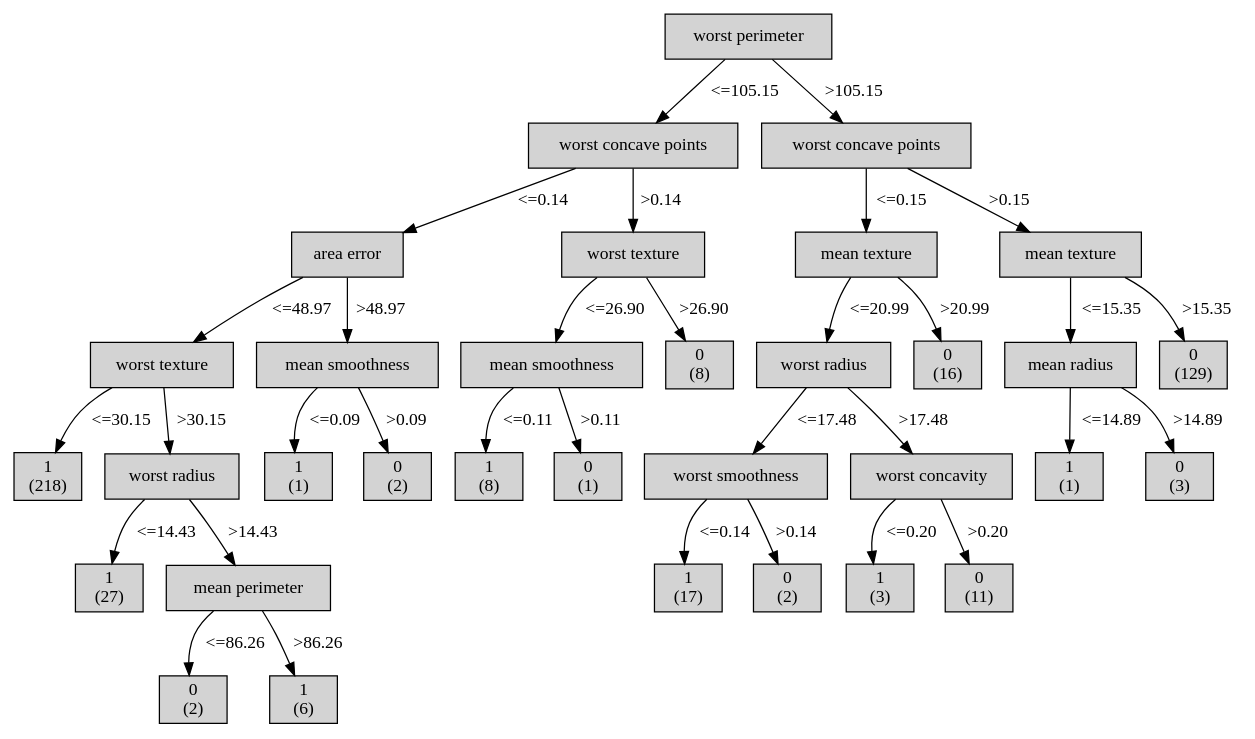
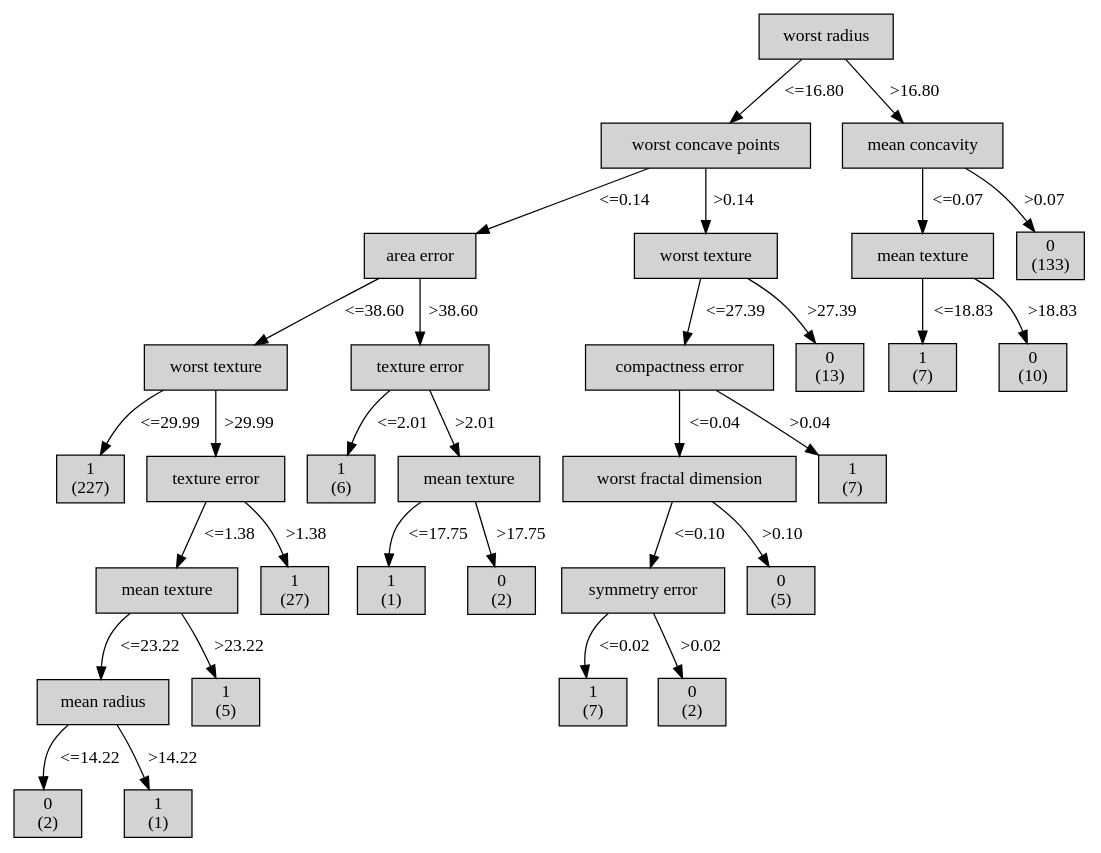
One commit to muchammadibnu/tucil1ML changed the diagram in graph.dot. Above: the diagram before and after it, drawn with Graphviz. The commit also changed 1 other file, not shown here.

```diff
--- a/graph.dot
+++ b/graph.dot
@@ -1,124 +1,118 @@
 digraph ID3_Tree {
-"0" [shape=box, style=filled, label="worst perimeter
+"0" [shape=box, style=filled, label="worst radius
 ", weight=1]
 "1" [shape=box, style=filled, label="worst concave points
 ", weight=2]
-0 -> 1 [ label = "<=105.15"];
+0 -> 1 [ label = "<=16.80"];
 "2" [shape=box, style=filled, label="area error
 ", weight=3]
 1 -> 2 [ label = "<=0.14"];
 "3" [shape=box, style=filled, label="worst texture
 ", weight=4]
-2 -> 3 [ label = "<=48.97"];
+2 -> 3 [ label = "<=38.60"];
 "4" [shape=box, style=filled, label="1
-(218)
+(227)
 ", weight=5]
-3 -> 4 [ label = "<=30.15"];
-"5" [shape=box, style=filled, label="worst radius
+3 -> 4 [ label = "<=29.99"];
+"5" [shape=box, style=filled, label="texture error
 ", weight=5]
-3 -> 5 [ label = ">30.15"];
-"6" [shape=box, style=filled, label="1
+3 -> 5 [ label = ">29.99"];
+"6" [shape=box, style=filled, label="mean texture
+", weight=6]
+5 -> 6 [ label = "<=1.38"];
+"7" [shape=box, style=filled, label="mean radius
+", weight=7]
+6 -> 7 [ label = "<=23.22"];
+"8" [shape=box, style=filled, label="0
+(2)
+", weight=8]
+7 -> 8 [ label = "<=14.22"];
+"9" [shape=box, style=filled, label="1
+(1)
+", weight=8]
+7 -> 9 [ label = ">14.22"];
+"10" [shape=box, style=filled, label="1
+(5)
+", weight=7]
+6 -> 10 [ label = ">23.22"];
+"11" [shape=box, style=filled, label="1
 (27)
 ", weight=6]
-5 -> 6 [ label = "<=14.43"];
-"7" [shape=box, style=filled, label="mean perimeter
+5 -> 11 [ label = ">1.38"];
+"12" [shape=box, style=filled, label="texture error
+", weight=4]
+2 -> 12 [ label = ">38.60"];
+"13" [shape=box, style=filled, label="1
+(6)
+", weight=5]
+12 -> 13 [ label = "<=2.01"];
+"14" [shape=box, style=filled, label="mean texture
+", weight=5]
+12 -> 14 [ label = ">2.01"];
+"15" [shape=box, style=filled, label="1
+(1)
 ", weight=6]
-5 -> 7 [ label = ">14.43"];
-"8" [shape=box, style=filled, label="0
+14 -> 15 [ label = "<=17.75"];
+"16" [shape=box, style=filled, label="0
+(2)
+", weight=6]
+14 -> 16 [ label = ">17.75"];
+"17" [shape=box, style=filled, label="worst texture
+", weight=3]
+1 -> 17 [ label = ">0.14"];
+"18" [shape=box, style=filled, label="compactness error
+", weight=4]
+17 -> 18 [ label = "<=27.39"];
+"19" [shape=box, style=filled, label="worst fractal dimension
+", weight=5]
+18 -> 19 [ label = "<=0.04"];
+"20" [shape=box, style=filled, label="symmetry error
+", weight=6]
+19 -> 20 [ label = "<=0.10"];
+"21" [shape=box, style=filled, label="1
+(7)
+", weight=7]
+20 -> 21 [ label = "<=0.02"];
+"22" [shape=box, style=filled, label="0
 (2)
 ", weight=7]
-7 -> 8 [ label = "<=86.26"];
-"9" [shape=box, style=filled, label="1
-(6)
-", weight=7]
-7 -> 9 [ label = ">86.26"];
-"10" [shape=box, style=filled, label="mean smoothness
+20 -> 22 [ label = ">0.02"];
+"23" [shape=box, style=filled, label="0
+(5)
+", weight=6]
+19 -> 23 [ label = ">0.10"];
+"24" [shape=box, style=filled, label="1
+(7)
+", weight=5]
+18 -> 24 [ label = ">0.04"];
+"25" [shape=box, style=filled, label="0
+(13)
 ", weight=4]
-2 -> 10 [ label = ">48.97"];
-"11" [shape=box, style=filled, label="1
-(1)
-", weight=5]
-10 -> 11 [ label = "<=0.09"];
-"12" [shape=box, style=filled, label="0
-(2)
-", weight=5]
-10 -> 12 [ label = ">0.09"];
-"13" [shape=box, style=filled, label="worst texture
+17 -> 25 [ label = ">27.39"];
+"26" [shape=box, style=filled, label="mean concavity
+", weight=2]
+0 -> 26 [ label = ">16.80"];
+"27" [shape=box, style=filled, label="mean texture
 ", weight=3]
-1 -> 13 [ label = ">0.14"];
-"14" [shape=box, style=filled, label="mean smoothness
+26 -> 27 [ label = "<=0.07"];
+"28" [shape=box, style=filled, label="1
+(7)
 ", weight=4]
-13 -> 14 [ label = "<=26.90"];
-"15" [shape=box, style=filled, label="1
-(8)
-", weight=5]
-14 -> 15 [ label = "<=0.11"];
-"16" [shape=box, style=filled, label="0
-(1)
-", weight=5]
-14 -> 16 [ label = ">0.11"];
-"17" [shape=box, style=filled, label="0
-(8)
+27 -> 28 [ label = "<=18.83"];
+"29" [shape=box, style=filled, label="0
+(10)
 ", weight=4]
-13 -> 17 [ label = ">26.90"];
-"18" [shape=box, style=filled, label="worst concave points
-", weight=2]
-0 -> 18 [ label = ">105.15"];
-"19" [shape=box, style=filled, label="mean texture
+27 -> 29 [ label = ">18.83"];
+"30" [shape=box, style=filled, label="0
+(133)
 ", weight=3]
-18 -> 19 [ label = "<=0.15"];
-"20" [shape=box, style=filled, label="worst radius
-", weight=4]
-19 -> 20 [ label = "<=20.99"];
-"21" [shape=box, style=filled, label="worst smoothness
-", weight=5]
-20 -> 21 [ label = "<=17.48"];
-"22" [shape=box, style=filled, label="1
-(17)
-", weight=6]
-21 -> 22 [ label = "<=0.14"];
-"23" [shape=box, style=filled, label="0
-(2)
-", weight=6]
-21 -> 23 [ label = ">0.14"];
-"24" [shape=box, style=filled, label="worst concavity
-", weight=5]
-20 -> 24 [ label = ">17.48"];
-"25" [shape=box, style=filled, label="1
-(3)
-", weight=6]
-24 -> 25 [ label = "<=0.20"];
-"26" [shape=box, style=filled, label="0
-(11)
-", weight=6]
-24 -> 26 [ label = ">0.20"];
-"27" [shape=box, style=filled, label="0
-(16)
-", weight=4]
-19 -> 27 [ label = ">20.99"];
-"28" [shape=box, style=filled, label="mean texture
-", weight=3]
-18 -> 28 [ label = ">0.15"];
-"29" [shape=box, style=filled, label="mean radius
-", weight=4]
-28 -> 29 [ label = "<=15.35"];
-"30" [shape=box, style=filled, label="1
-(1)
-", weight=5]
-29 -> 30 [ label = "<=14.89"];
-"31" [shape=box, style=filled, label="0
-(3)
-", weight=5]
-29 -> 31 [ label = ">14.89"];
-"32" [shape=box, style=filled, label="0
-(129)
-", weight=4]
-28 -> 32 [ label = ">15.35"];
+26 -> 30 [ label = ">0.07"];
 {rank=same; 0;};
-{rank=same; 1;18;};
-{rank=same; 2;13;19;28;};
-{rank=same; 3;10;14;17;20;27;29;32;};
-{rank=same; 4;5;11;12;15;16;21;24;30;31;};
-{rank=same; 6;7;22;23;25;26;};
+{rank=same; 1;26;};
+{rank=same; 2;17;27;30;};
+{rank=same; 3;12;18;25;28;29;};
+{rank=same; 4;5;13;14;19;24;};
+{rank=same; 6;11;15;16;20;23;};
+{rank=same; 7;10;21;22;};
 {rank=same; 8;9;};
 }
```
